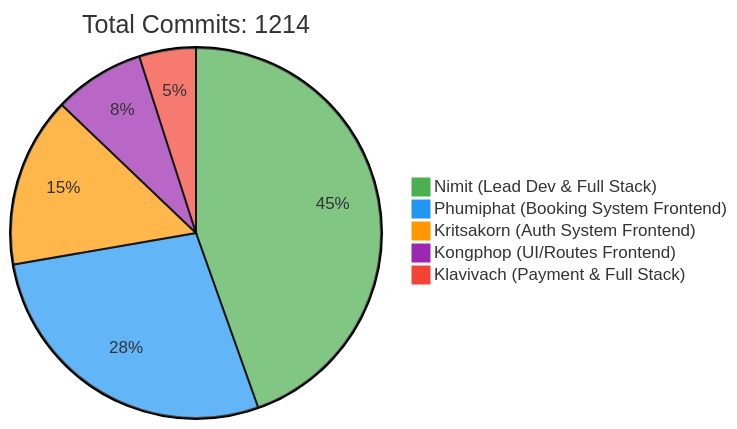
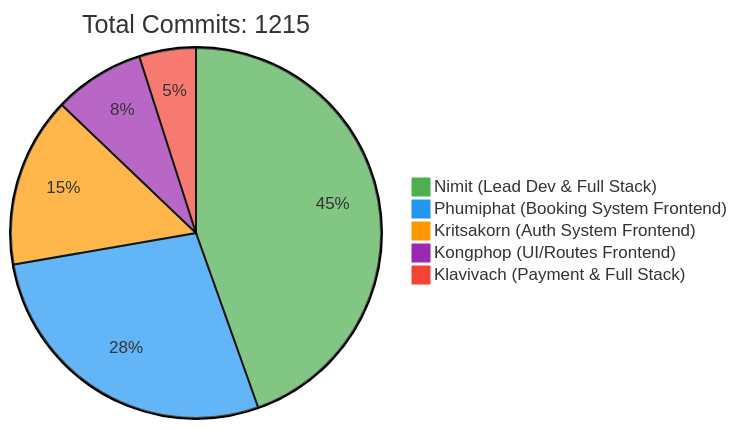
The first of 2 diagrams in README.md (6531503042/Sport-Complex), drawn with Mermaid before and after one commit. The commit also changed other lines of this file, not shown here.

Commit message:
docs: Update contributor statistics [skip ci]

````diff
--- a/README.md
+++ b/README.md
@@ -257,10 +257,10 @@
 ```mermaid
 %%{init: {'theme': 'base', 'themeVariables': { 'pie1': '#4CAF50', 'pie2': '#2196F3', 'pie3': '#FF9800', 'pie4': '#9C27B0', 'pie5': '#F44336'}}}%%
 pie
-    title Total Commits: 1214
+    title Total Commits: 1215
     "Nimit (Lead Dev & Full Stack)" : 450
     "Phumiphat (Booking System Frontend)" : 280
     "Kritsakorn (Auth System Frontend)" : 150
     "Kongphop (UI/Routes Frontend)" : 80
     "Klavivach (Payment & Full Stack)" : 50
 ```
````
